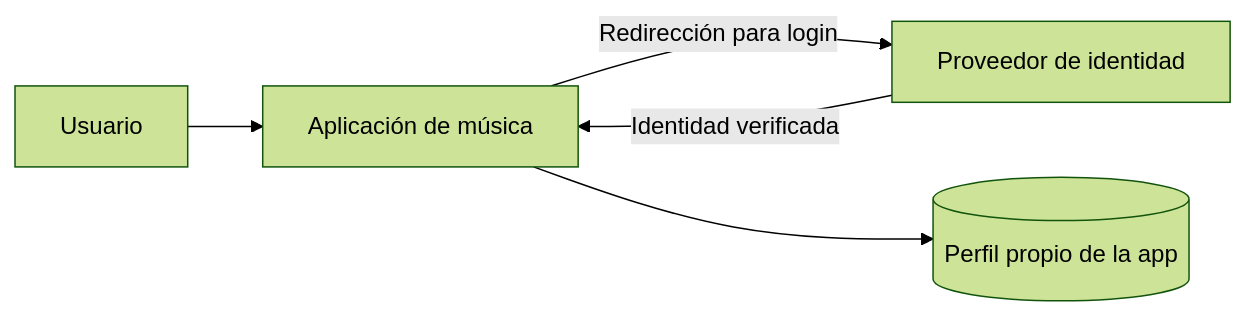
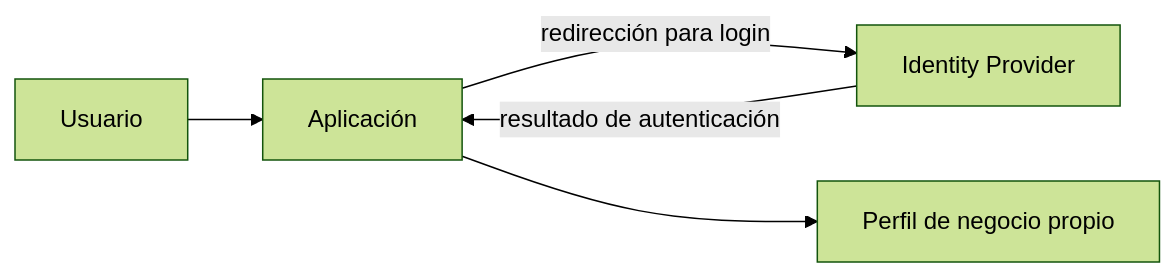
The second of 7 diagrams in semanas/semana-02/02-idaas-ciam.md (cmartinezs/DSY1107-DESARROLLO-CLOUD-NATIVE-I-2026-2), drawn with Mermaid (forest theme) before and after one commit. The commit also changed other lines of this file, not shown here.

Commit message:
docs: fix IDaaS content and GitHub-safe Mermaid

````diff
--- a/semanas/semana-02/02-idaas-ciam.md
+++ b/semanas/semana-02/02-idaas-ciam.md
@@ -61,7 +57,7 @@
 ```mermaid
 flowchart LR
-    U[Usuario] --> APP[Aplicación de música]
-    APP -->|Redirección para login| G[Proveedor de identidad]
-    G -->|Identidad verificada| APP
-    APP --> PROFILE[(Perfil propio de la app)]
+    U["Usuario"] --> APP["Aplicación"]
+    APP -->|"redirección para login"| IDP["Identity Provider"]
+    IDP -->|"resultado de autenticación"| APP
+    APP --> PROFILE["Perfil de negocio propio"]
 ```
````
